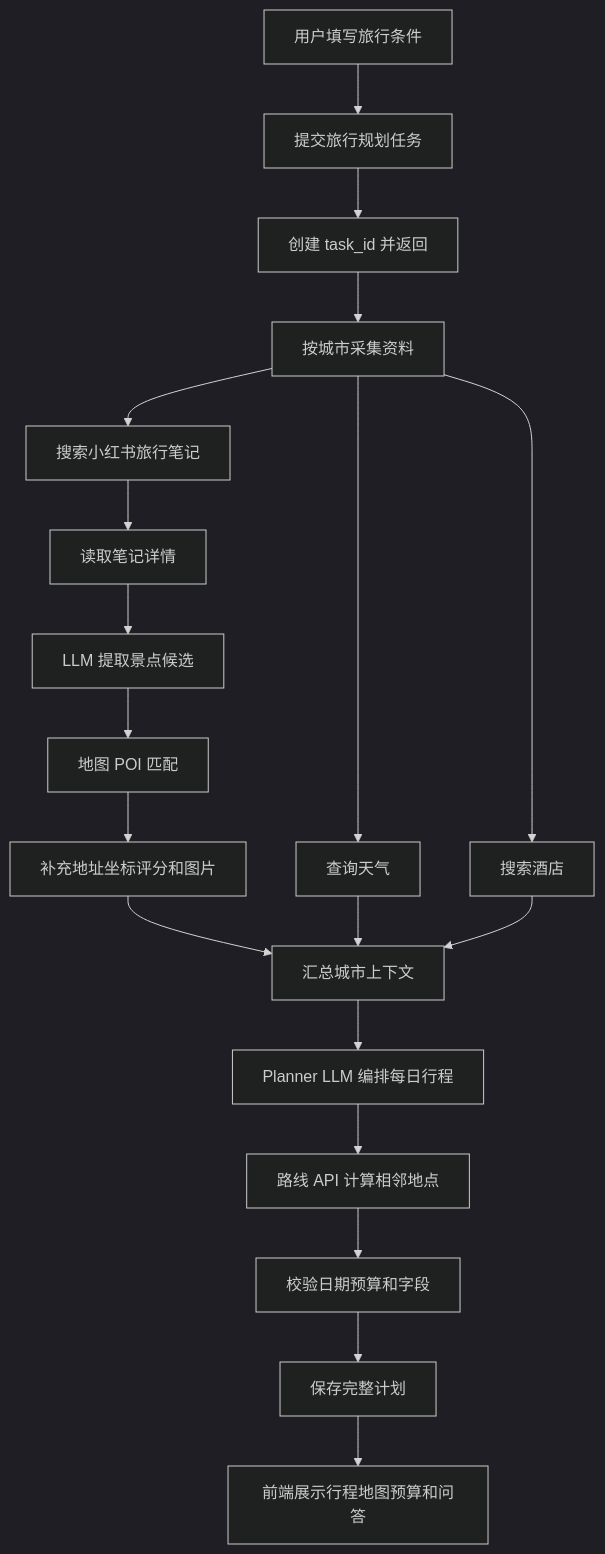
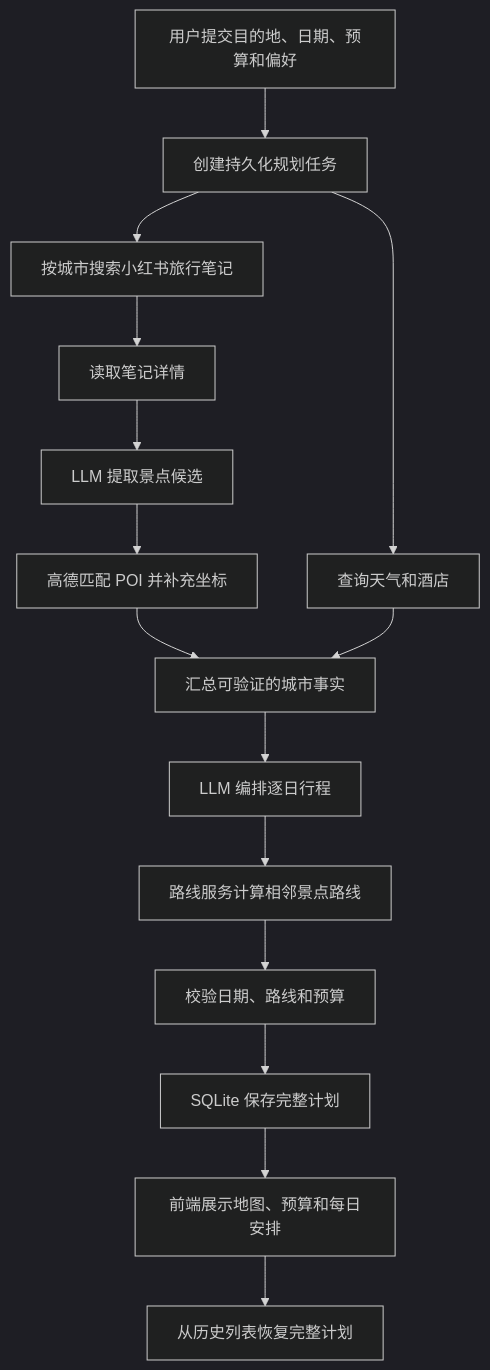
The first of 2 diagrams in README.md (dolt-y/TravelMind-AI), drawn with Mermaid (dark theme) before and after one commit. The commit also changed other lines of this file and 4 other files, not shown here.

````diff
--- a/README.md
+++ b/README.md
@@ -59,21 +202,17 @@
 ```mermaid
 flowchart TD
-    A[用户填写旅行条件] --> B[提交旅行规划任务]
-    B --> C[创建 task_id 并返回]
-    C --> D[按城市采集资料]
-    D --> E[搜索小红书旅行笔记]
-    E --> F[读取笔记详情]
-    F --> G[LLM 提取景点候选]
-    G --> H[地图 POI 匹配]
-    H --> I[补充地址坐标评分和图片]
-    D --> J[查询天气]
-    D --> K[搜索酒店]
-    I --> L[汇总城市上下文]
-    J --> L
-    K --> L
-    L --> M[Planner LLM 编排每日行程]
-    M --> N[路线 API 计算相邻地点]
-    N --> O[校验日期预算和字段]
-    O --> P[保存完整计划]
-    P --> Q[前端展示行程地图预算和问答]
+    A["用户提交目的地、日期、预算和偏好"] --> B["创建持久化规划任务"]
+    B --> C["按城市搜索小红书旅行笔记"]
+    C --> D["读取笔记详情"]
+    D --> E["LLM 提取景点候选"]
+    E --> F["高德匹配 POI 并补充坐标"]
+    B --> G["查询天气和酒店"]
+    F --> H["汇总可验证的城市事实"]
+    G --> H
+    H --> I["LLM 编排逐日行程"]
+    I --> J["路线服务计算相邻景点路线"]
+    J --> K["校验日期、路线和预算"]
+    K --> L["SQLite 保存完整计划"]
+    L --> M["前端展示地图、预算和每日安排"]
+    M --> N["从历史列表恢复完整计划"]
 ```
````
